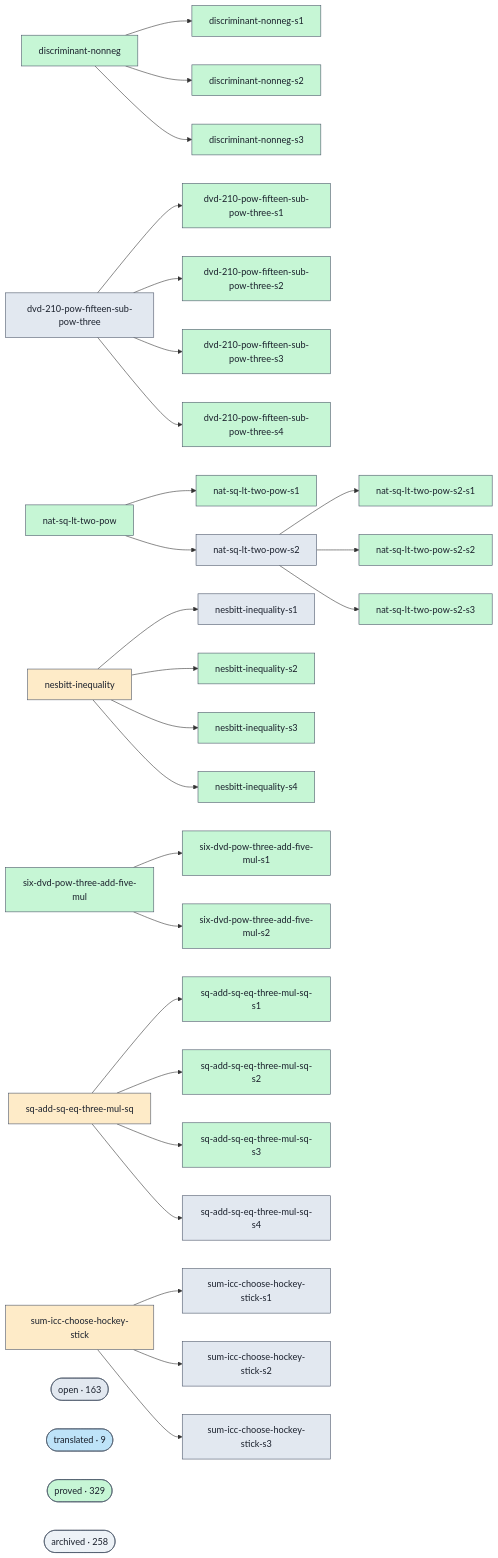
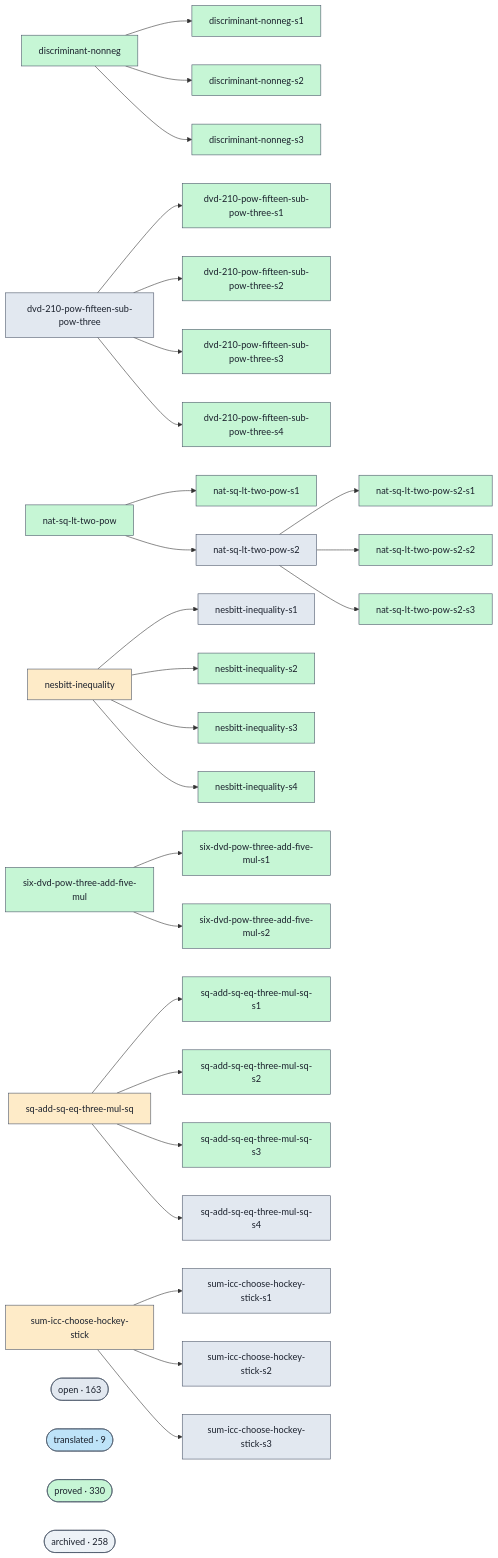
Before and after one commit to ohdearquant/unsorry: the diagram in docs/proofs-contributors-visualisation.md, drawn with Mermaid. The commit also changed other lines of this file and 2 other files, not shown here.

```diff
--- a/docs/proofs-contributors-visualisation.md
+++ b/docs/proofs-contributors-visualisation.md
@@ -147,7 +147,7 @@
   class cluster_open open;
   cluster_translated(["translated · 9"])
   class cluster_translated translated;
-  cluster_proved(["proved · 329"])
+  cluster_proved(["proved · 330"])
   class cluster_proved proved;
   cluster_archived(["archived · 258"])
   class cluster_archived unknown;
```
